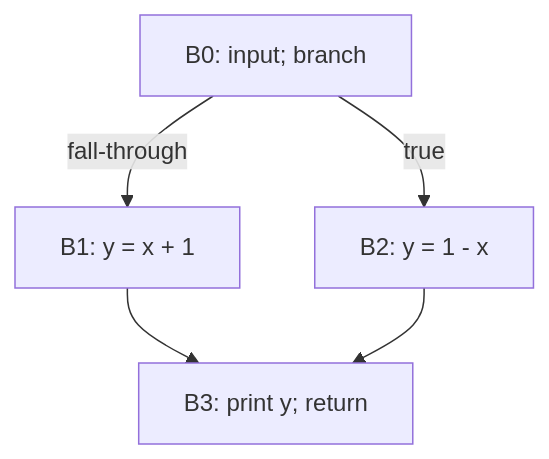
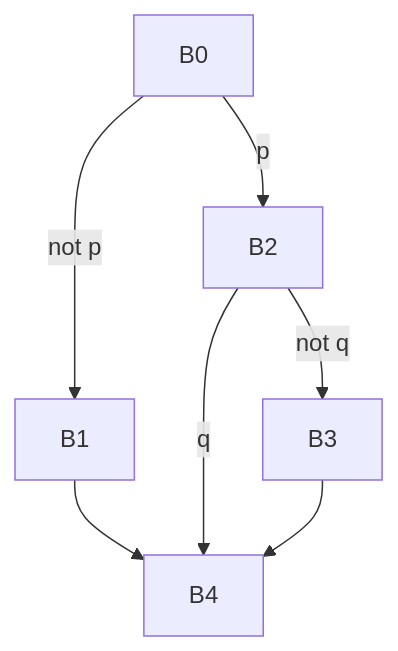
One commit to Misha1302/Middle-end-compiler-cource changed the diagram in docs/modules/03-building-cfg.md. Above: the diagram before and after it, drawn with Mermaid. The commit also changed other lines of this file and 47 other files, not shown here.

````diff
--- a/docs/modules/03-building-cfg.md
+++ b/docs/modules/03-building-cfg.md
@@ -97,7 +31,9 @@
 ```mermaid
 flowchart TD
-    B0["B0: input; branch"] -->|true| B2["B2: y = 1 - x"]
-    B0 -->|fall-through| B1["B1: y = x + 1"]
-    B1 --> B3["B3: print y; return"]
-    B2 --> B3
+  B0 -->|p| B2
+  B0 -->|not p| B1
+  B1 --> B4
+  B2 -->|q| B4
+  B2 -->|not q| B3
+  B3 --> B4
 ```
````
